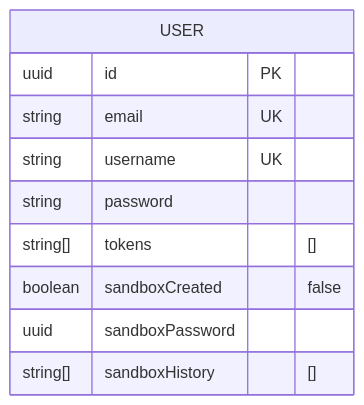
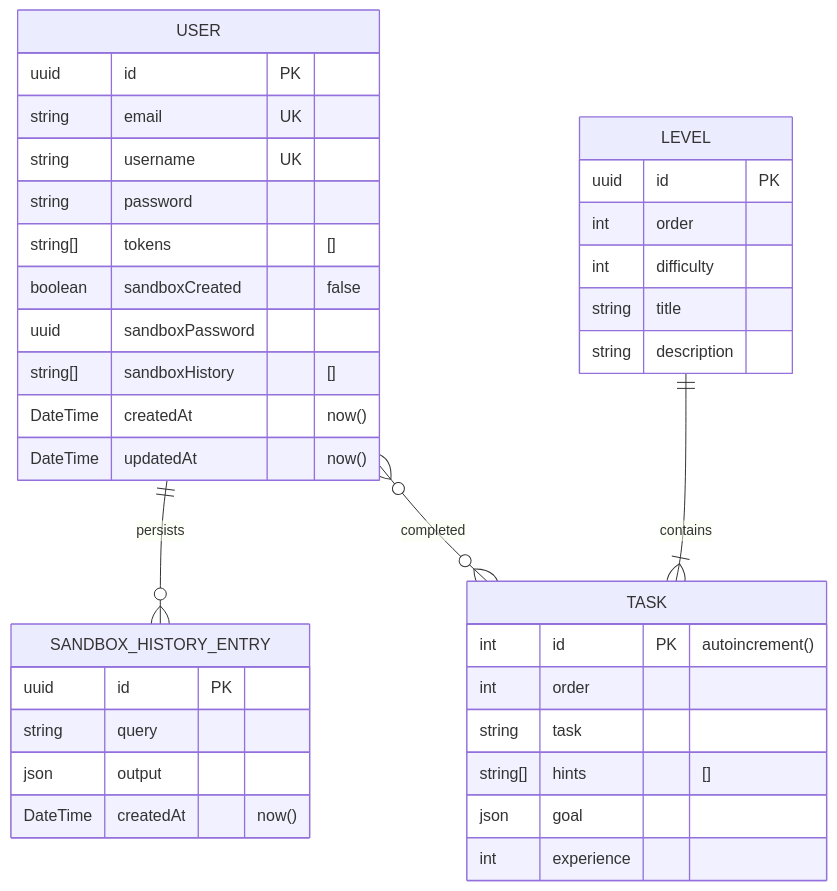
The first of 2 diagrams in documentation/docs/intro.md (DevTobias/sqliquor), drawn with Mermaid before and after one commit. The commit also changed other lines of this file and 2 other files, not shown here.

````diff
--- a/documentation/docs/intro.md
+++ b/documentation/docs/intro.md
@@ -10,13 +8,43 @@
 ```mermaid
 erDiagram
   USER {
     uuid      id                PK
     string    email             UK
     string    username          UK
     string    password
     string[]  tokens                  "[]"
     boolean   sandboxCreated          "false"
     uuid      sandboxPassword
     string[]  sandboxHistory          "[]"
+    DateTime  createdAt               "now()"
+    DateTime  updatedAt               "now()"
   }
+
+  SANDBOX_HISTORY_ENTRY {
+    uuid      id                PK
+    string    query
+    json      output
+    DateTime  createdAt               "now()"
+  }
+
+  LEVEL {
+    uuid      id                PK
+    int       order
+    int       difficulty
+    string    title
+    string    description
+  }
+
+  TASK {
+    int       id                PK    "autoincrement()"
+    int       order
+    string    task
+    string[]  hints                   "[]"
+    json      goal
+    int       experience
+  }
+
+  USER ||--o{ SANDBOX_HISTORY_ENTRY : persists
+  USER }o--o{ TASK : completed
+  LEVEL ||--|{ TASK : contains
 ```
````
